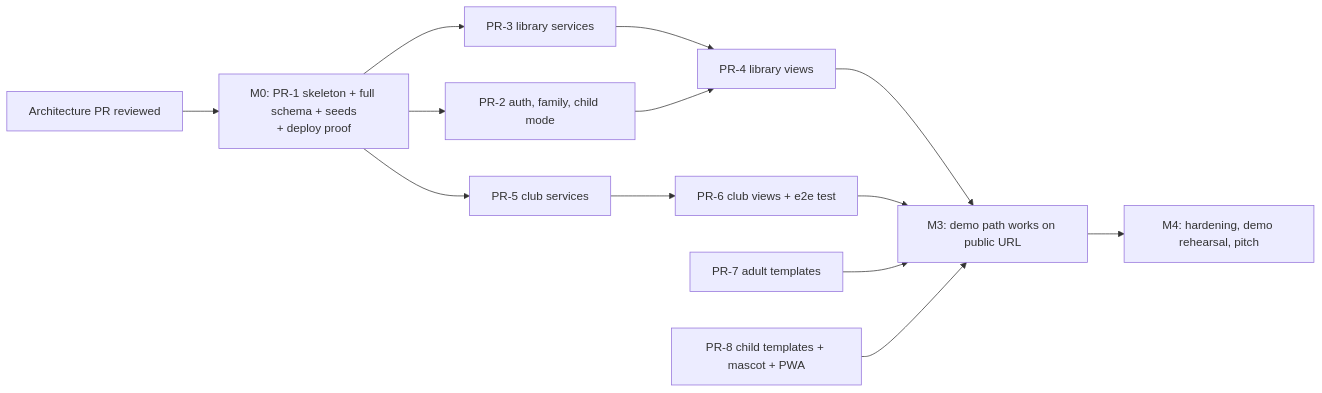
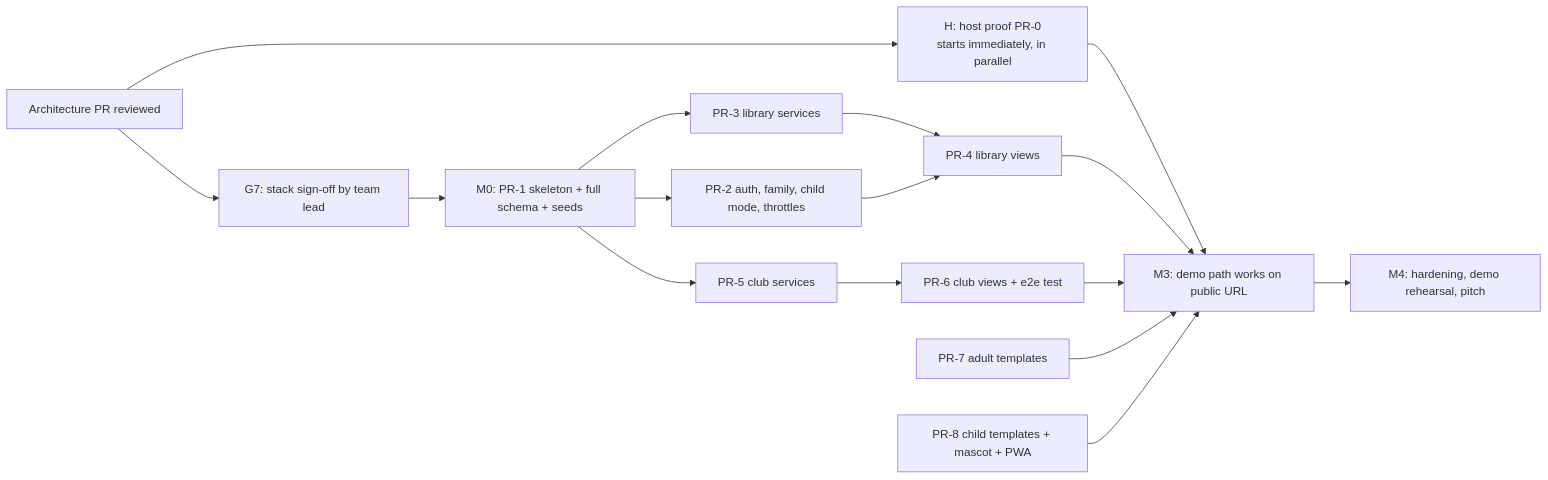
The diagram in specs/001-reading-diary-mvp/execution-plan.md (Slave-of-Skynet/Impact-Hackathon-2026), drawn with Mermaid before and after one commit. The commit also changed other lines of this file and 9 other files, not shown here.

First line of the commit message:
docs(architecture): resolve PR8 correctness and readiness review

````diff
--- a/specs/001-reading-diary-mvp/execution-plan.md
+++ b/specs/001-reading-diary-mvp/execution-plan.md
@@ -7,15 +7,18 @@
 ```mermaid
 flowchart LR
-    R[Architecture PR reviewed] --> M0[M0: PR-1 skeleton + full schema + seeds<br/>+ deploy proof]
-    M0 --> M1a[PR-2 auth, family, child mode]
+    R[Architecture PR reviewed] --> G7[G7: stack sign-off by team lead]
+    G7 --> M0[M0: PR-1 skeleton + full schema + seeds]
+    R --> H[H: host proof PR-0<br/>starts immediately, in parallel]
+    H --> M3
+    M0 --> M1a[PR-2 auth, family, child mode, throttles]
     M0 --> M1b[PR-3 library services]
     M0 --> M1c[PR-5 club services]
     M1b --> M2a[PR-4 library views]
     M1a --> M2a
     M1c --> M2b[PR-6 club views + e2e test]
     M2a --> M3[M3: demo path works on public URL]
     M2b --> M3
     T1[PR-7 adult templates] --> M3
     T2[PR-8 child templates + mascot + PWA] --> M3
     M3 --> M4[M4: hardening, demo rehearsal, pitch]
 ```
````
